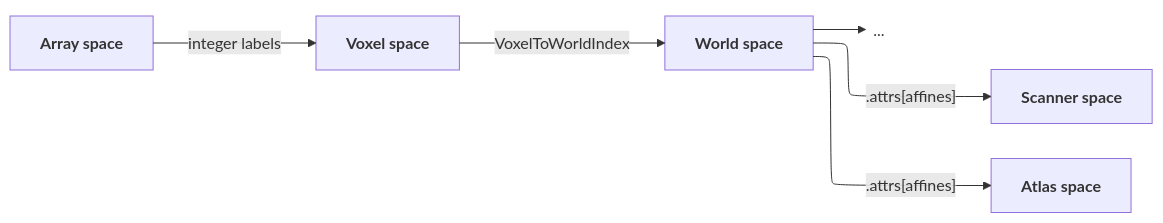
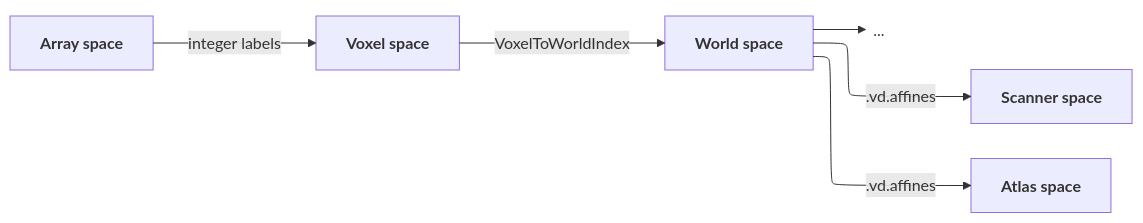
The diagram in docs/user-guide/voxeldata.md (confusius-tools/confusius), drawn with Mermaid before and after one commit. The commit also changed other lines of this file and 122 other files, not shown here.

````diff
--- a/docs/user-guide/voxeldata.md
+++ b/docs/user-guide/voxeldata.md
@@ -201,21 +208,21 @@
 ```mermaid
 ---
 config:
   layout: elk
 ---
 flowchart LR
     A["<b>Array space</b>"]
     V["<b>Voxel space</b>"]
     P["<b>World space</b>"]
     W1["<b>Scanner space</b>"]
     ellipsis{{"..."}}
     W2["<b>Atlas space</b>"]
 
     A -->|"integer labels"| V
     V -->|"VoxelToWorldIndex"| P
-    P -->|".attrs[affines]"| W1
-    P -->|".attrs[affines]"| W2
+    P -->|".vd.affines"| W1
+    P -->|".vd.affines"| W2
     P --> ellipsis
 
     ellipsis@{ shape: text }
 ```
````
